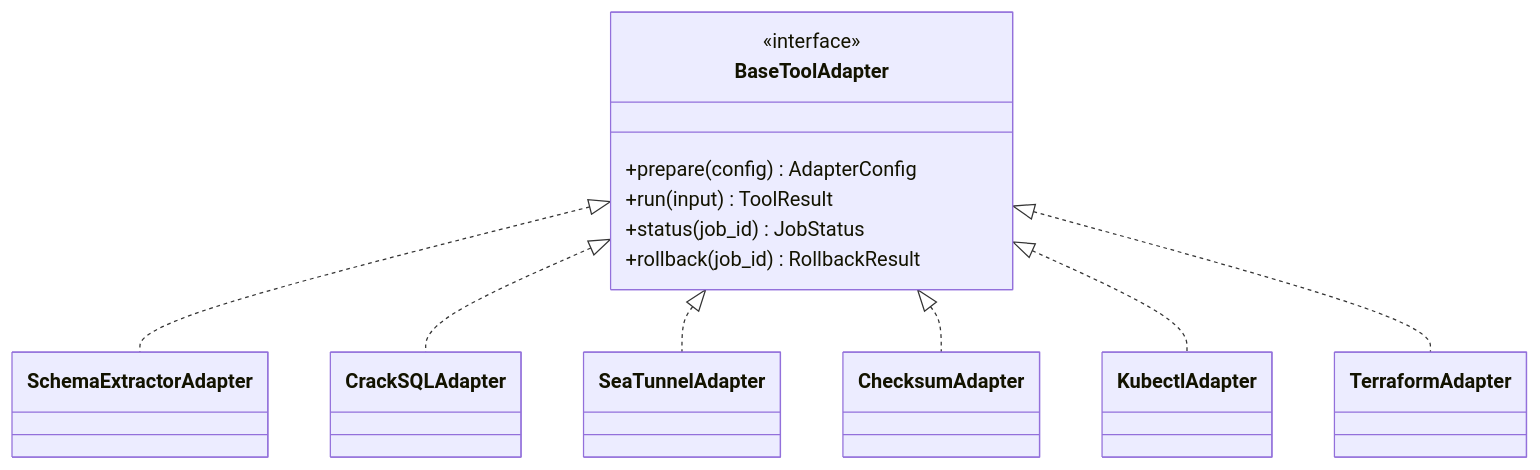
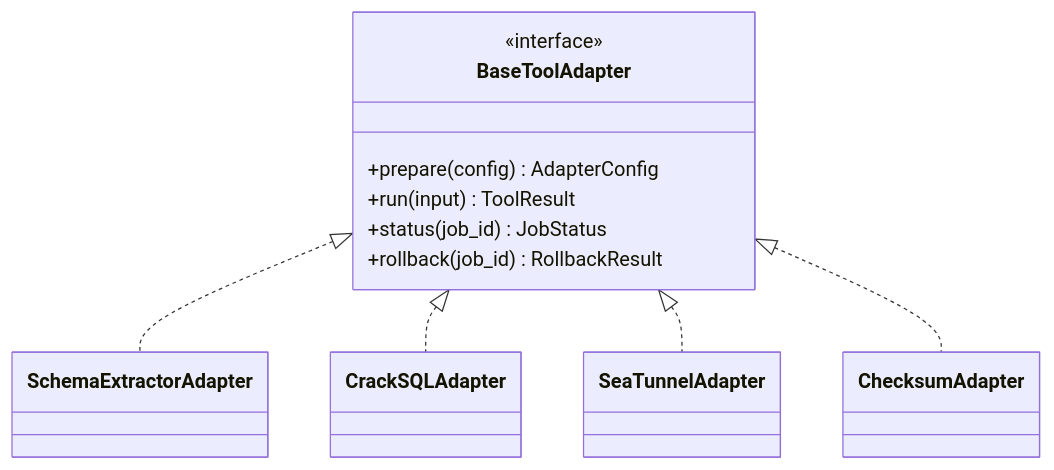
One commit to dev-patel-ness/Agentic-AI-Database-Migration changed the third of 15 diagrams in docs/architecture.md. Above: the diagram before and after it, drawn with Mermaid. The commit also changed other lines of this file and 7 other files, not shown here.

Commit message:
Remove implementation plan and job ID file; update PowerPoint outline with detailed architecture, workflow, and demo scenarios for the Agentic AI-Powered Database Migration Platform.

````diff
--- a/docs/architecture.md
+++ b/docs/architecture.md
@@ -249,25 +231,19 @@
 ```mermaid
 classDiagram
     class BaseToolAdapter {
         <<interface>>
         +prepare(config) AdapterConfig
         +run(input) ToolResult
         +status(job_id) JobStatus
         +rollback(job_id) RollbackResult
     }
     class SchemaExtractorAdapter
     class CrackSQLAdapter
     class SeaTunnelAdapter
-
     class ChecksumAdapter
-    class KubectlAdapter
-    class TerraformAdapter
 
     BaseToolAdapter <|.. SchemaExtractorAdapter
     BaseToolAdapter <|.. CrackSQLAdapter
     BaseToolAdapter <|.. SeaTunnelAdapter
-
     BaseToolAdapter <|.. ChecksumAdapter
-    BaseToolAdapter <|.. KubectlAdapter
-    BaseToolAdapter <|.. TerraformAdapter
 ```
````
